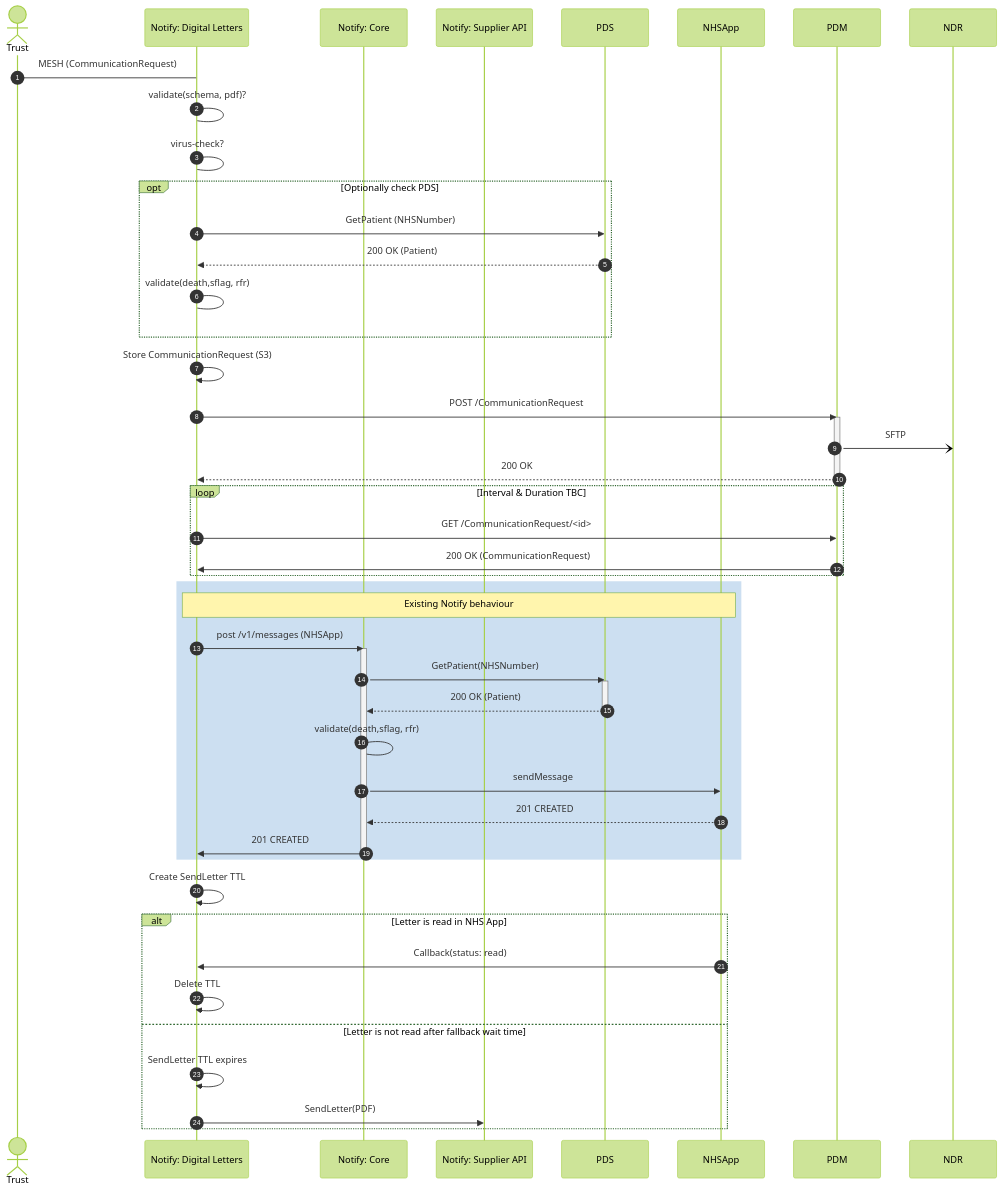
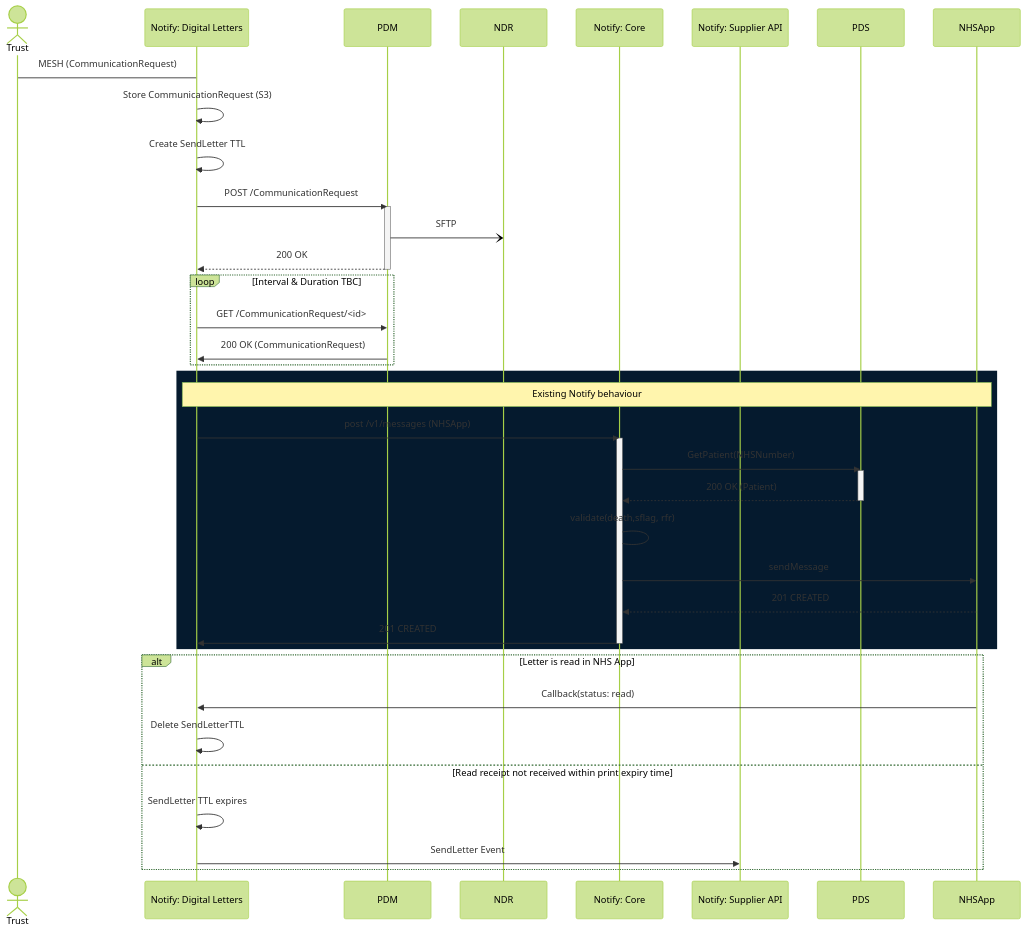
One commit to RossBugginsNHS/nhs-notify-digital-letters changed the diagram in docs/diagrams/digital-letters-sequence.md. Above: the diagram before and after it, drawn with Mermaid (forest theme). The commit also changed other lines of this file, not shown here.

Commit message:
CCM-12274: Updated sequence diagram following recent decisions (#30)

````diff
--- a/docs/diagrams/digital-letters-sequence.md
+++ b/docs/diagrams/digital-letters-sequence.md
@@ -23,55 +26,48 @@
 ```mermaid
 
 sequenceDiagram
   actor trust as Trust
   participant notify-letters as Notify: Digital Letters
+  participant pdm as PDM
+  participant ndr as NDR
   participant notify-core as Notify: Core
   participant notify-supplier as Notify: Supplier API
   participant pds as PDS
   participant nhsapp as NHSApp
-  participant pdm as PDM
-  participant ndr as NDR
 
-  autonumber
+
   trust -> notify-letters: MESH (CommunicationRequest)
-  notify-letters -> notify-letters: validate(schema, pdf)?
-  notify-letters -> notify-letters: virus-check?
-  opt Optionally check PDS
-    notify-letters ->> pds: GetPatient (NHSNumber)
-    pds -->> notify-letters: 200 OK (Patient)
-    notify-letters -> notify-letters: validate(death,sflag, rfr)
-  end
   notify-letters ->> notify-letters: Store CommunicationRequest (S3)
+  notify-letters ->> notify-letters: Create SendLetter TTL
   notify-letters ->> pdm: POST /CommunicationRequest
   activate pdm
   pdm -) ndr: SFTP
   pdm -->> notify-letters: 200 OK
   deactivate pdm
   Loop Interval & Duration TBC
     notify-letters ->> pdm: GET /CommunicationRequest/<id>
     pdm ->> notify-letters: 200 OK (CommunicationRequest)
   end
-  rect rgb(204, 223, 241)
+  rect rgba(5, 26, 46, 1)
     note over notify-letters,nhsapp: Existing Notify behaviour
     notify-letters ->> notify-core: post /v1/messages (NHSApp)
     activate notify-core
       notify-core ->> pds: GetPatient(NHSNumber)
       activate pds
         pds -->> notify-core: 200 OK (Patient)
       deactivate pds
       notify-core -> notify-core: validate(death,sflag, rfr)
       notify-core ->> nhsapp: sendMessage
       nhsapp -->> notify-core: 201 CREATED
       notify-core ->> notify-letters: 201 CREATED
     deactivate notify-core
   end
 
-  notify-letters ->> notify-letters: Create SendLetter TTL
   alt Letter is read in NHS App
     nhsapp ->> notify-letters: Callback(status: read)
-    notify-letters ->> notify-letters: Delete TTL
-  else Letter is not read after fallback wait time
+    notify-letters ->> notify-letters: Delete SendLetterTTL
+  else Read receipt not received within print expiry time
     notify-letters ->> notify-letters: SendLetter TTL expires
-    notify-letters ->> notify-supplier: SendLetter(PDF)
+    notify-letters ->> notify-supplier: SendLetter Event
   end
 ```
````
